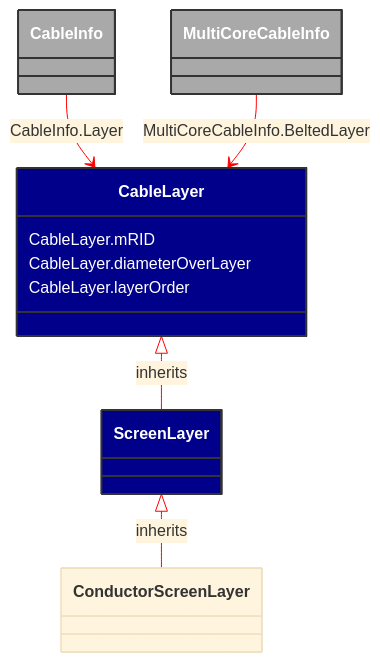
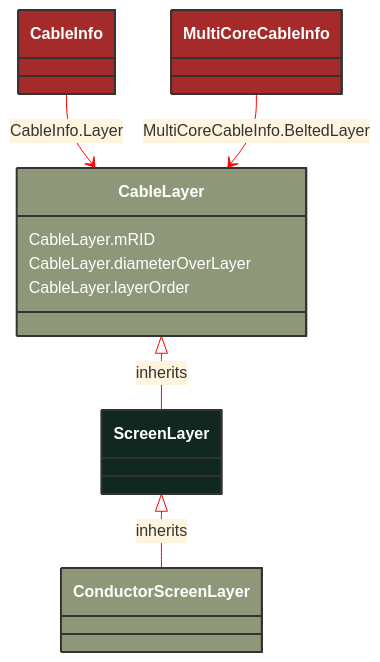
Before and after one commit to 3lbits/NoCIMExtensions: the diagram in docs/Models/Profiles/SubseaCableInfo/ConcreteClasses/ScreenLayer.md, drawn with Mermaid. The commit also changed 190 other files, not shown here.

````diff
--- a/docs/Models/Profiles/SubseaCableInfo/ConcreteClasses/ScreenLayer.md
+++ b/docs/Models/Profiles/SubseaCableInfo/ConcreteClasses/ScreenLayer.md
@@ -8,37 +8,35 @@
 ```mermaid
 %%{init: {'theme':'base','themeVariables': {'lineColor': '#FF0000'}}}%%
 classDiagram
     class ScreenLayer
     click ScreenLayer href "/Models/Profiles/SubseaCableInfo/ConcreteClasses/ScreenLayer/"
-    style ScreenLayer fill:#006400,stroke:#333,stroke-width:2px,rx:10,ry:10,color:white
+    style ScreenLayer fill:#102820,stroke:#333,stroke-width:2px,rx:10,ry:10,color:white
 
         ScreenLayer <|-- ConductorScreenLayer : inherits
-            click ScreenLayer href "/Models/Profiles/SubseaCableInfo/ConcreteClasses/ScreenLayer/"
-            style ScreenLayer fill:#00008B,stroke:#333,stroke-width:2px,rx:10,ry:10,color:white
 
         ConductorScreenLayer
             click ConductorScreenLayer href "/Models/Profiles/SubseaCableInfo/ConcreteClasses/ConductorScreenLayer/"
-            style ScreenLayer fill:#00008B,stroke:#333,stroke-width:2px,rx:10,ry:10,color:white
-
+            style ConductorScreenLayer fill:#8F9779,stroke:#333,stroke-width:2px,rx:10,ry:10,color:white
+     
         CableLayer <|-- ScreenLayer : inherits
             click CableLayer href "/Models/Profiles/SubseaCableInfo/AbstractClasses/CableLayer/"
-            style CableLayer fill:#00008B,stroke:#333,stroke-width:2px,rx:10,ry:10,color:white
+            style CableLayer fill:#8F9779,stroke:#333,stroke-width:2px,rx:10,ry:10,color:white
 
 
         CableInfo --> CableLayer : CableInfo.Layer
 
         CableInfo
             click CableInfo href "/Models/Profiles/SubseaCableInfo/ConcreteClasses/CableInfo/"
-            style CableInfo fill:#A9A9A9,stroke:#333,stroke-width:2px,rx:10,ry:10,color:white
+            style CableInfo fill:#A52A2A,stroke:#333,stroke-width:2px,rx:10,ry:10,color:white
 
         MultiCoreCableInfo --> CableLayer : MultiCoreCableInfo.BeltedLayer
 
         MultiCoreCableInfo
             click MultiCoreCableInfo href "/Models/Profiles/SubseaCableInfo/ConcreteClasses/MultiCoreCableInfo/"
-            style MultiCoreCableInfo fill:#A9A9A9,stroke:#333,stroke-width:2px,rx:10,ry:10,color:white
+            style MultiCoreCableInfo fill:#A52A2A,stroke:#333,stroke-width:2px,rx:10,ry:10,color:white
 
 
         CableLayer : CableLayer.mRID
         CableLayer : CableLayer.diameterOverLayer
         CableLayer : CableLayer.layerOrder
 ```
````
